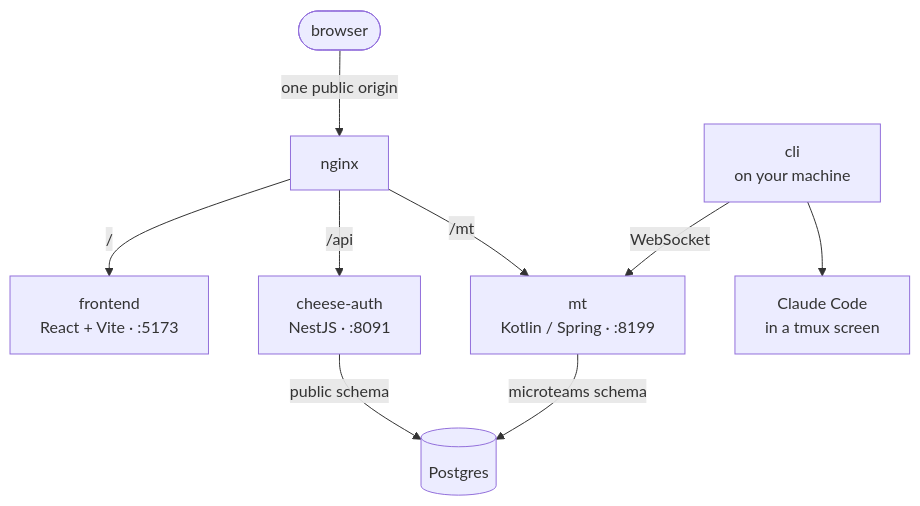
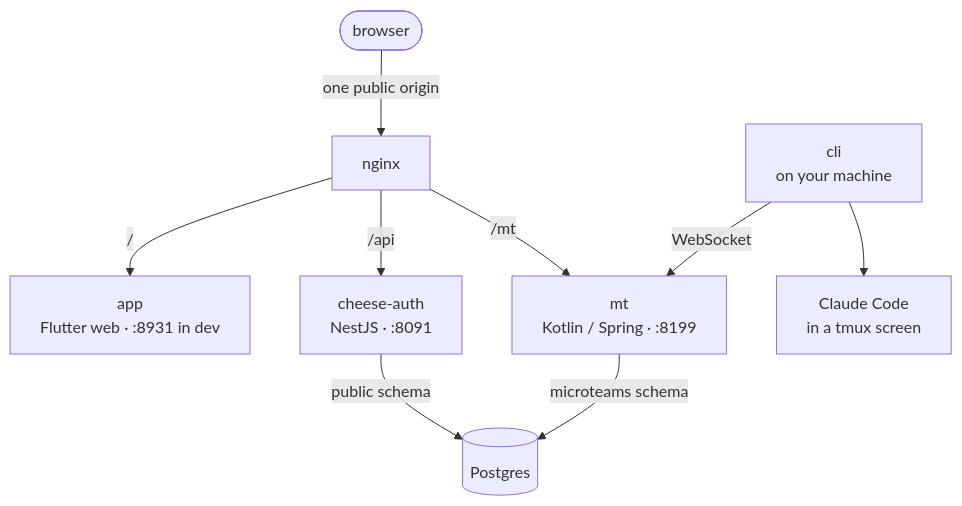
The diagram in README.md (micro-teams/micro-teams), drawn with Mermaid before and after one commit. The commit also changed other lines of this file and 158 other files, not shown here.

````diff
--- a/README.md
+++ b/README.md
@@ -60,11 +60,11 @@
 ```mermaid
 flowchart TD
     browser(["browser"]) -->|one public origin| nginx["nginx"]
-    nginx -->|"/"| frontend["frontend<br/>React + Vite · :5173"]
+    nginx -->|"/"| app["app<br/>Flutter web · :8931 in dev"]
     nginx -->|"/api"| auth["cheese-auth<br/>NestJS · :8091"]
     nginx -->|"/mt"| mt["mt<br/>Kotlin / Spring · :8199"]
     cli["cli<br/>on your machine"] -->|WebSocket| mt
     cli --> claude["Claude Code<br/>in a tmux screen"]
     auth -->|public schema| pg[("Postgres")]
     mt -->|microteams schema| pg
 ```
````
